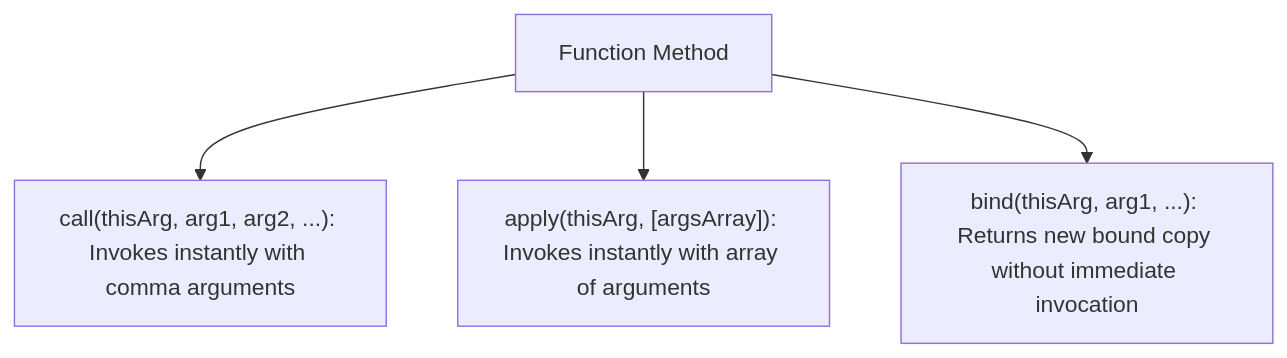
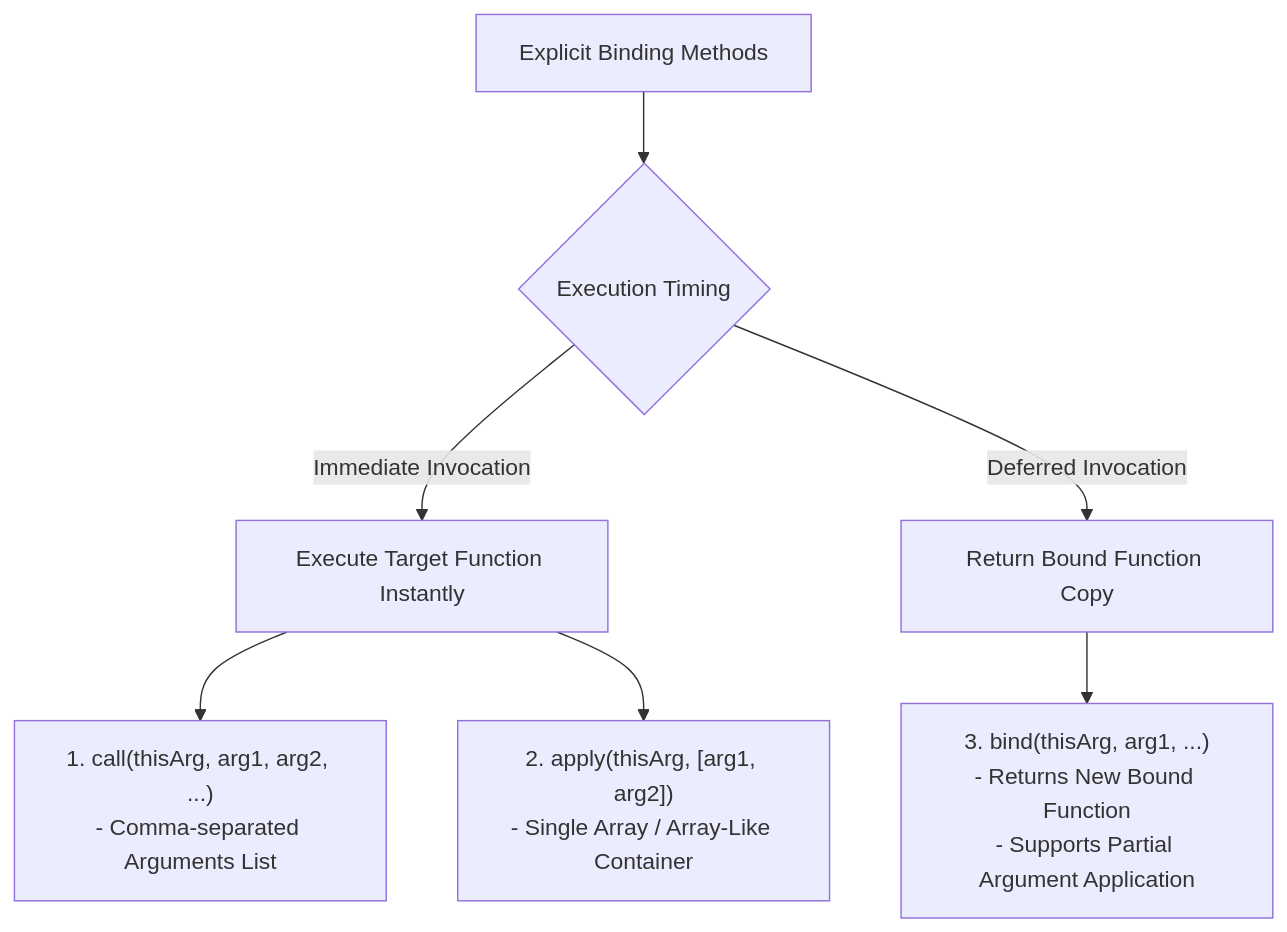
One commit to Amie-dev/engineering-playbook changed the first of 2 diagrams in js-notes/23-call-apply-bind.md. Above: the diagram before and after it, drawn with Mermaid. The commit also changed other lines of this file and 42 other files, not shown here.

````diff
--- a/js-notes/23-call-apply-bind.md
+++ b/js-notes/23-call-apply-bind.md
@@ -10,6 +16,11 @@
 ```mermaid
-graph TD
-    Fn[Function Method] --> Call["call(thisArg, arg1, arg2, ...): Invokes instantly with comma arguments"]
-    Fn --> Apply["apply(thisArg, [argsArray]): Invokes instantly with array of arguments"]
-    Fn --> Bind["bind(thisArg, arg1, ...): Returns new bound copy without immediate invocation"]
+flowchart TD
+    Explicit[Explicit Binding Methods] --> ExecutionTiming{Execution Timing}
+
+    ExecutionTiming -- "Immediate Invocation" --> Immediate[Execute Target Function Instantly]
+    Immediate --> CallMethod["1. call(thisArg, arg1, arg2, ...)<br/>- Comma-separated Arguments List"]
+    Immediate --> ApplyMethod["2. apply(thisArg, [arg1, arg2])<br/>- Single Array / Array-Like Container"]
+
+    ExecutionTiming -- "Deferred Invocation" --> Deferred[Return Bound Function Copy]
+    Deferred --> BindMethod["3. bind(thisArg, arg1, ...)<br/>- Returns New Bound Function<br/>- Supports Partial Argument Application"]
 ```
````
